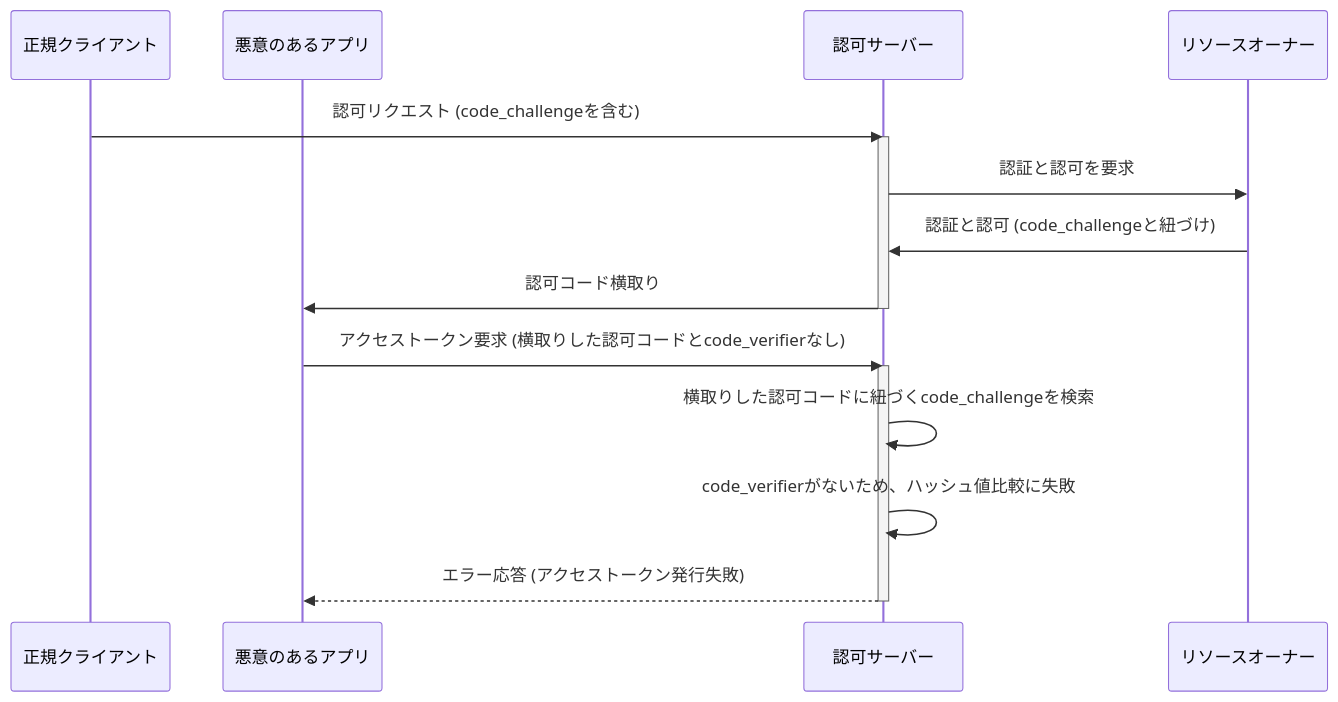
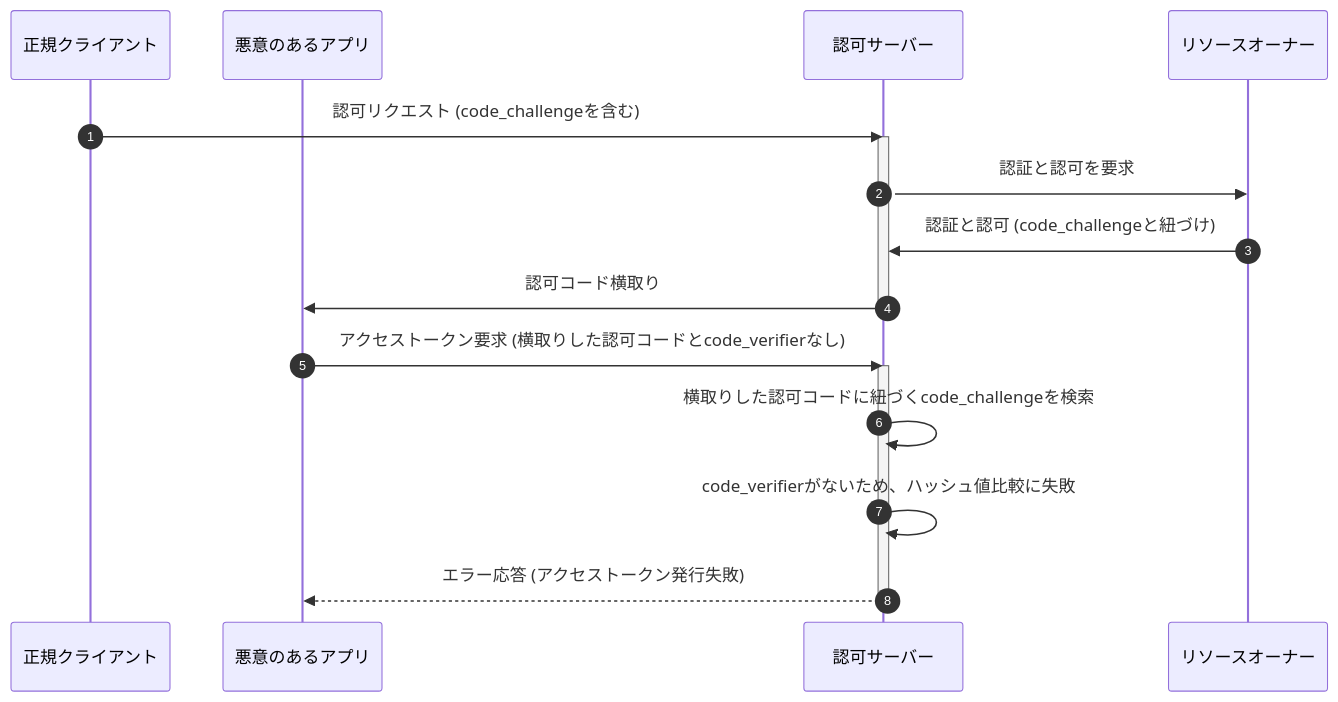
One commit to Showichiro/oauth-oidc-workshop changed the fourth of 9 diagrams in slides.md. Above: the diagram before and after it, drawn with Mermaid. The commit also changed other lines of this file and 4 other files, not shown here.

````diff
--- a/slides.md
+++ b/slides.md
@@ -376,21 +382,22 @@
 ```mermaid {scale: 0.6}
 sequenceDiagram
+    autonumber
     participant 正規クライアント
     participant 悪意のあるアプリ
     participant 認可サーバー
     participant リソースオーナー
-    
+
     正規クライアント->>認可サーバー: 認可リクエスト (code_challengeを含む)
     activate 認可サーバー
     認可サーバー->>リソースオーナー: 認証と認可を要求
     リソースオーナー->>認可サーバー: 認証と認可 (code_challengeと紐づけ)
     認可サーバー->>悪意のあるアプリ: 認可コード横取り
     deactivate 認可サーバー
-    
+
     悪意のあるアプリ->>認可サーバー: アクセストークン要求 (横取りした認可コードとcode_verifierなし)
     activate 認可サーバー
     認可サーバー->>認可サーバー: 横取りした認可コードに紐づくcode_challengeを検索
     認可サーバー->>認可サーバー: code_verifierがないため、ハッシュ値比較に失敗
     認可サーバー-->>悪意のあるアプリ: エラー応答 (アクセストークン発行失敗)
     deactivate 認可サーバー
 ```
````
